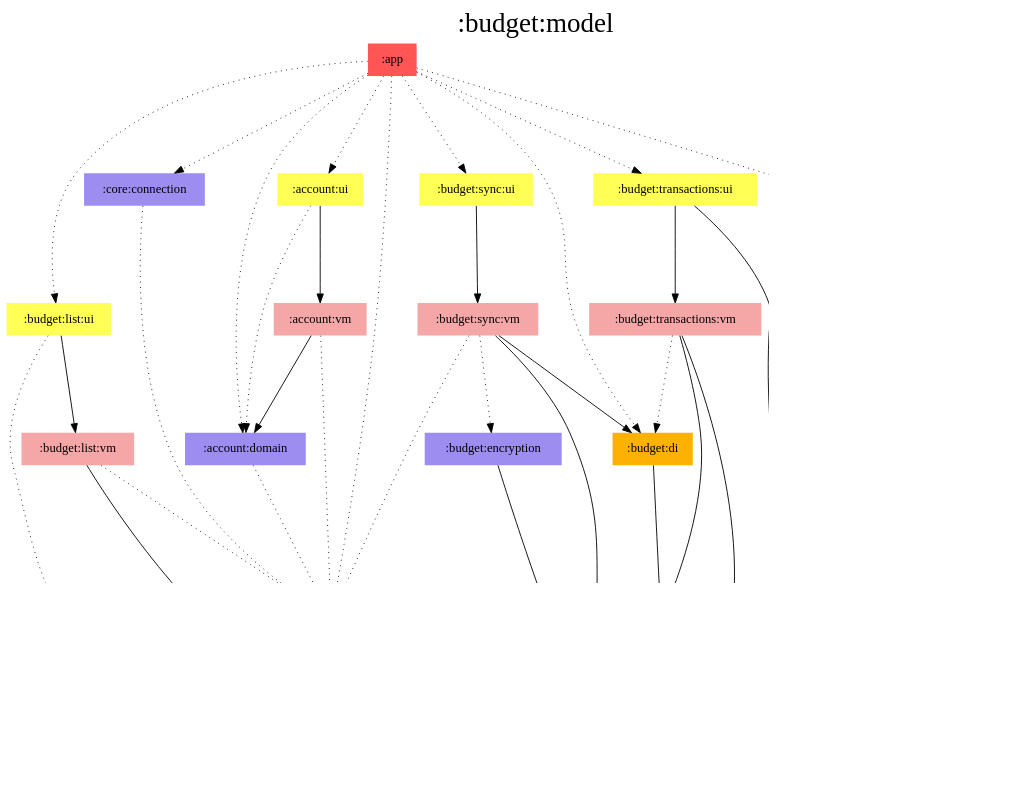
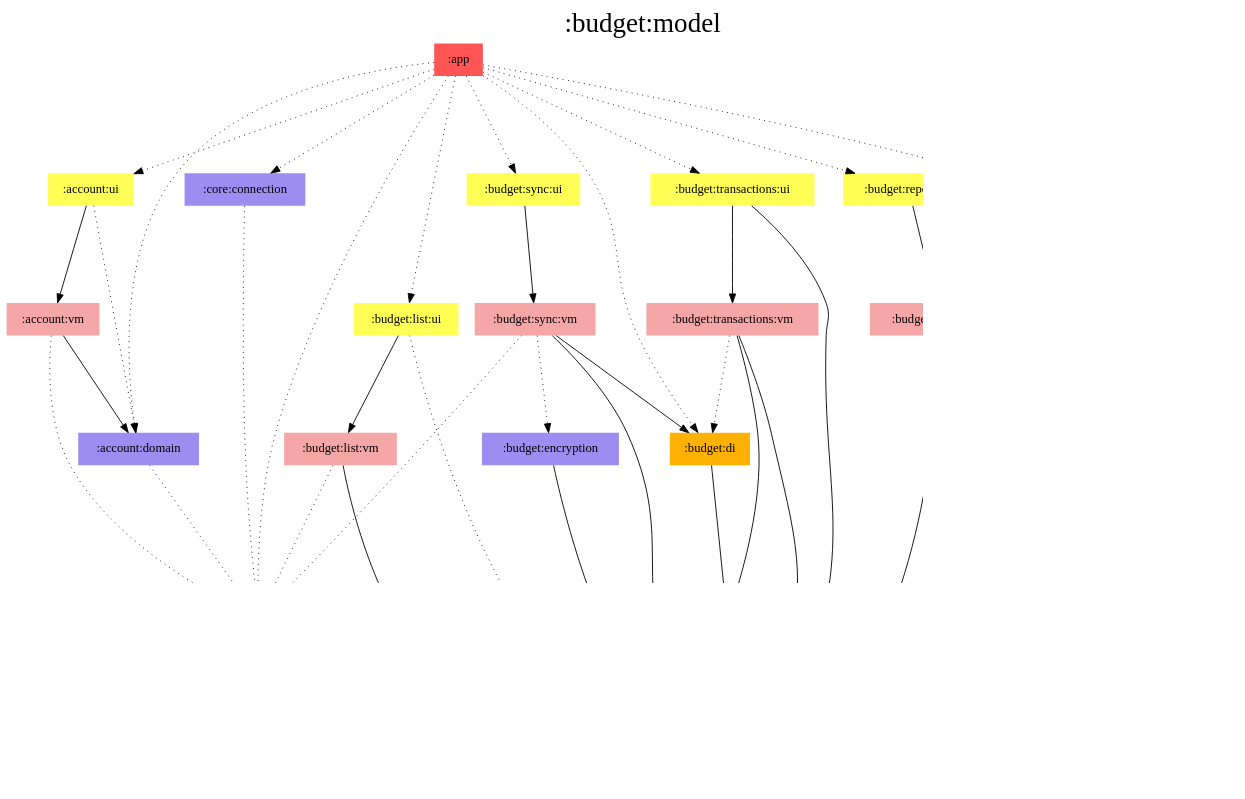
The diagram in modules/budget/model/modules.dot (jonapoul/aktual), drawn with Graphviz before and after one commit. The commit also changed 45 other files, not shown here.

```diff
--- a/modules/budget/model/modules.dot
+++ b/modules/budget/model/modules.dot
@@ -1,74 +1,79 @@
 digraph {
 edge ["dir"="forward"]
 graph ["dpi"="100","label"=":budget:model","labelloc"="t","fontsize"="30","ranksep"="1.5","rankdir"="TB"]
 node ["style"="filled"]
 ":account:domain" ["fillcolor"="#9D8DF1","shape"="none"]
 ":account:ui" ["fillcolor"="#FFFF55","shape"="none"]
 ":account:vm" ["fillcolor"="#F5A6A6","shape"="none"]
 ":api:actual" ["fillcolor"="#9D8DF1","shape"="none"]
 ":app" ["fillcolor"="#FF5555","shape"="none"]
 ":budget:data" ["fillcolor"="#9D8DF1","shape"="none"]
 ":budget:di" ["fillcolor"="#FCB103","shape"="none"]
 ":budget:encryption" ["fillcolor"="#9D8DF1","shape"="none"]
 ":budget:list:ui" ["fillcolor"="#FFFF55","shape"="none"]
 ":budget:list:vm" ["fillcolor"="#F5A6A6","shape"="none"]
 ":budget:model" ["fillcolor"="#9D8DF1","color"="black","penwidth"="3","shape"="box"]
+":budget:reports:ui" ["fillcolor"="#FFFF55","shape"="none"]
+":budget:reports:vm" ["fillcolor"="#F5A6A6","shape"="none"]
 ":budget:sync:ui" ["fillcolor"="#FFFF55","shape"="none"]
 ":budget:sync:vm" ["fillcolor"="#F5A6A6","shape"="none"]
 ":budget:transactions:ui" ["fillcolor"="#FFFF55","shape"="none"]
 ":budget:transactions:vm" ["fillcolor"="#F5A6A6","shape"="none"]
 ":core:connection" ["fillcolor"="#9D8DF1","shape"="none"]
 ":core:di" ["fillcolor"="#FCB103","shape"="none"]
 {
 edge ["dir"="none"]
 graph ["rank"="same"]
 ":budget:model"
 }
 ":account:domain" -> ":api:actual" ["style"="dotted"]
 ":account:ui" -> ":account:domain" ["style"="dotted"]
 ":account:ui" -> ":account:vm"
 ":account:vm" -> ":account:domain"
 ":account:vm" -> ":api:actual" ["style"="dotted"]
 ":api:actual" -> ":budget:model"
 ":app" -> ":account:domain" ["style"="dotted"]
 ":app" -> ":account:ui" ["style"="dotted"]
 ":app" -> ":api:actual" ["style"="dotted"]
 ":app" -> ":budget:di" ["style"="dotted"]
 ":app" -> ":budget:list:ui" ["style"="dotted"]
+":app" -> ":budget:reports:ui" ["style"="dotted"]
 ":app" -> ":budget:sync:ui" ["style"="dotted"]
 ":app" -> ":budget:transactions:ui" ["style"="dotted"]
 ":app" -> ":core:connection" ["style"="dotted"]
 ":app" -> ":core:di" ["style"="dotted"]
 ":budget:data" -> ":budget:model"
 ":budget:di" -> ":budget:data"
 ":budget:encryption" -> ":budget:model"
 ":budget:list:ui" -> ":budget:list:vm"
 ":budget:list:ui" -> ":budget:model" ["style"="dotted"]
 ":budget:list:vm" -> ":api:actual" ["style"="dotted"]
 ":budget:list:vm" -> ":budget:model"
+":budget:reports:ui" -> ":budget:reports:vm"
+":budget:reports:vm" -> ":budget:model"
 ":budget:sync:ui" -> ":budget:sync:vm"
 ":budget:sync:vm" -> ":api:actual" ["style"="dotted"]
 ":budget:sync:vm" -> ":budget:di"
 ":budget:sync:vm" -> ":budget:encryption" ["style"="dotted"]
 ":budget:sync:vm" -> ":budget:model"
 ":budget:transactions:ui" -> ":budget:model"
 ":budget:transactions:ui" -> ":budget:transactions:vm"
 ":budget:transactions:vm" -> ":budget:data"
 ":budget:transactions:vm" -> ":budget:di" ["style"="dotted"]
 ":budget:transactions:vm" -> ":budget:model"
 ":core:connection" -> ":api:actual" ["style"="dotted"]
 ":core:di" -> ":budget:model"
 subgraph "cluster_legend" {
 edge ["dir"="none"]
 graph ["label"="Legend","fontsize"="20"]
 "Legend" ["style"="filled","fillcolor"="#FFFFFF","shape"="none","margin"="0","fontsize"="15","label"=<
 <TABLE BORDER="0" CELLBORDER="0" CELLSPACING="0" CELLPADDING="4">
 <TR><TD>App</TD><TD BGCOLOR="#FF5555">module-name</TD></TR>
 <TR><TD>ViewModel</TD><TD BGCOLOR="#F5A6A6">module-name</TD></TR>
 <TR><TD>Hilt</TD><TD BGCOLOR="#FCB103">module-name</TD></TR>
 <TR><TD>Compose</TD><TD BGCOLOR="#FFFF55">module-name</TD></TR>
 <TR><TD>Multiplatform</TD><TD BGCOLOR="#9D8DF1">module-name</TD></TR>
 </TABLE>
 >]
 } -> ":budget:model" ["style"="invis"]
 }
```
